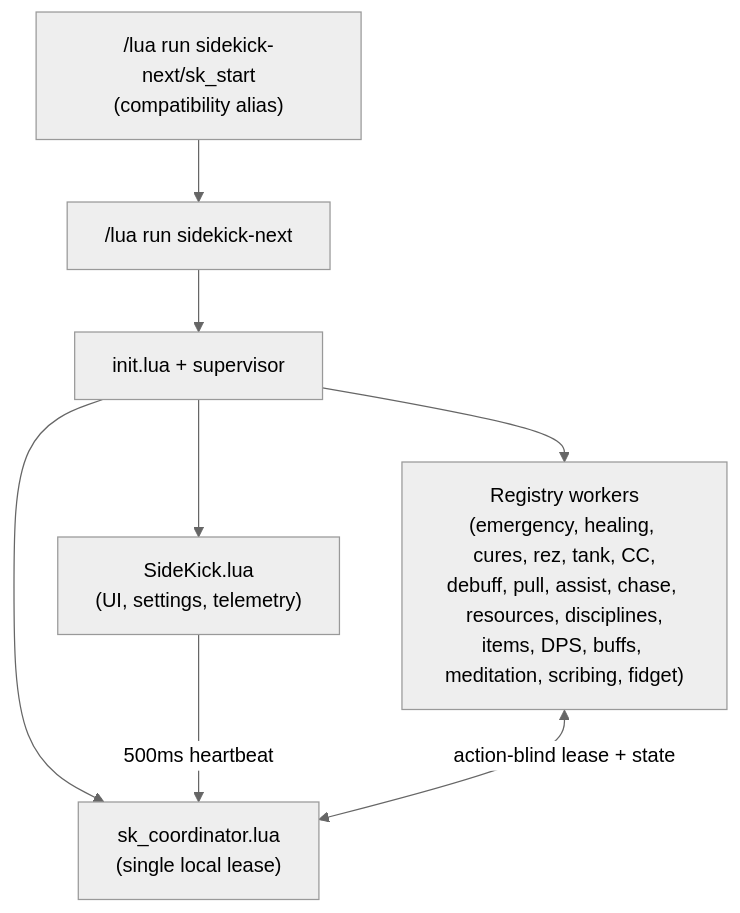
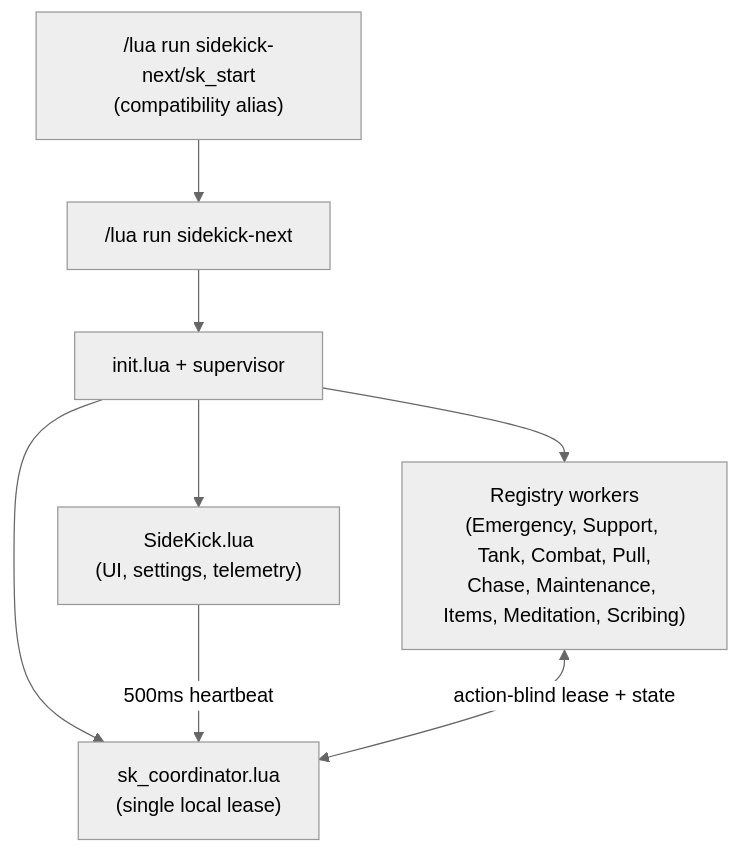
The second of 9 diagrams in docs/USER_GUIDE.md (daly101010/sidekick-next), drawn with Mermaid (neutral theme) before and after one commit. The commit also changed other lines of this file and 115 other files, not shown here.

````diff
--- a/docs/USER_GUIDE.md
+++ b/docs/USER_GUIDE.md
@@ -613,17 +696,17 @@
 ```mermaid
 flowchart TD
     USER["/lua run sidekick-next"]
     USER2["/lua run sidekick-next/sk_start<br/>(compatibility alias)"]
     INIT["init.lua + supervisor"]
     COORD["sk_coordinator.lua<br/>(single local lease)"]
     UI["SideKick.lua<br/>(UI, settings, telemetry)"]
-    WORKERS["Registry workers<br/>(emergency, healing, cures, rez, tank, CC,<br/>debuff, pull, assist, chase, resources, disciplines,<br/>items, DPS, buffs, meditation, scribing, fidget)"]
+    WORKERS["Registry workers<br/>(Emergency, Support, Tank, Combat, Pull,<br/>Chase, Maintenance, Items, Meditation, Scribing)"]
 
     USER --> INIT
     USER2 --> USER
     INIT --> COORD
     INIT --> WORKERS
     INIT --> UI
     UI -->|"500ms heartbeat"| COORD
     WORKERS <-->|"action-blind lease + state"| COORD
 ```
````
